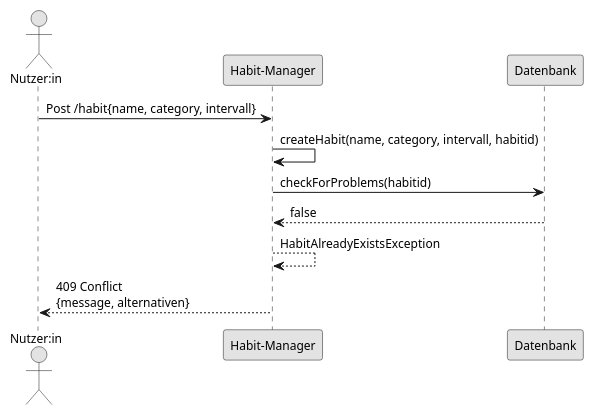
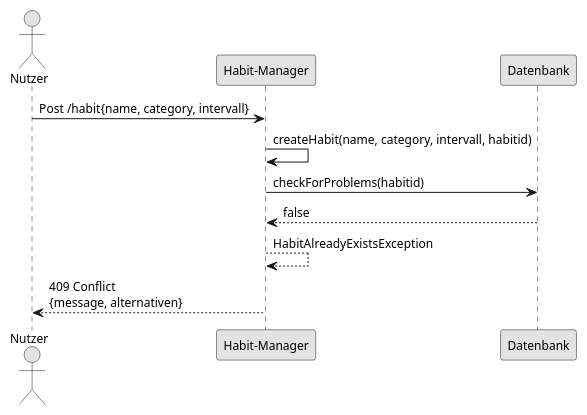
One commit to nac1dy/Habit-Tracker changed the fourth of 5 diagrams in docs/technical/design.adoc. Above: the diagram before and after it, drawn with PlantUML. The commit also changed 4 other files, not shown here.

```diff
--- a/docs/technical/design.adoc
+++ b/docs/technical/design.adoc
@@ -206,19 +206,19 @@
 [plantuml, sequence-conflict, svg]
 ....
 @startuml
 skinparam monochrome true
 skinparam defaultFontSize 12
 
-actor "Nutzer:in" as user
+actor "Nutzer" as user
 participant "Habit-Manager" as ctrl
 participant "Datenbank" as repo
 
 user -> ctrl : Post /habit{name, category, intervall}
 ctrl -> ctrl : createHabit(name, category, intervall, habitid)
 ctrl -> repo : checkForProblems(habitid)
 repo --> ctrl : false
 ctrl --> ctrl : HabitAlreadyExistsException
 ctrl --> user : 409 Conflict\n{message, alternativen}
 
 @enduml
 ....
```
